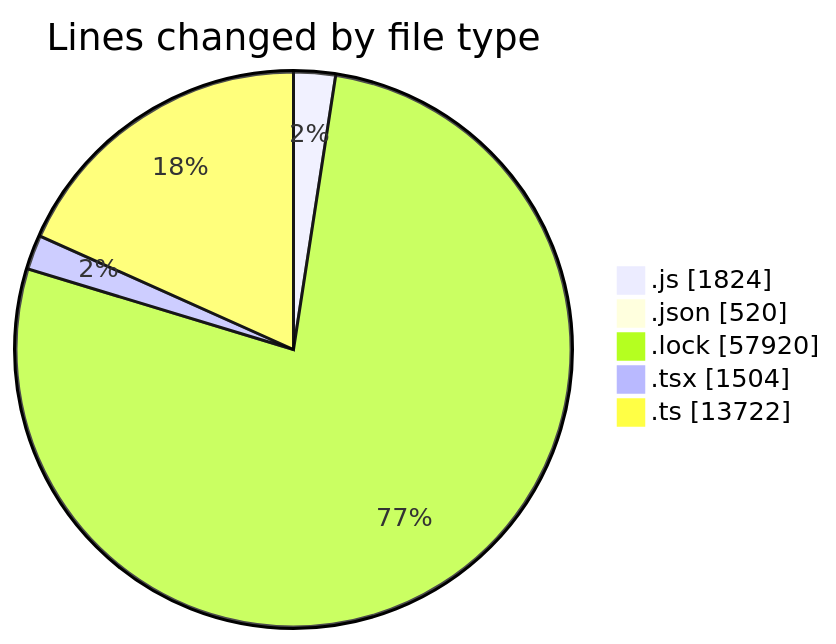
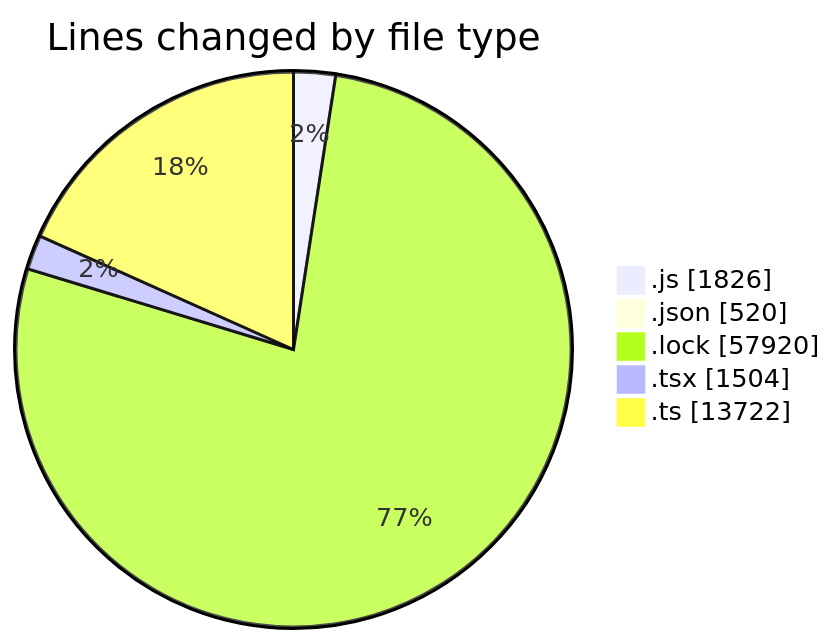
The first of 2 diagrams in 2025-12-18/cda/README.md (momahboobian/code-tracking), drawn with Mermaid before and after one commit. The commit also changed other lines of this file and 1 other file, not shown here.

````diff
--- a/2025-12-18/cda/README.md
+++ b/2025-12-18/cda/README.md
@@ -60,9 +60,9 @@
 ```mermaid
 pie showData
 title Lines changed by file type
-".js" : 1824
+".js" : 1826
 ".json" : 520
 ".lock" : 57920
 ".tsx" : 1504
 ".ts" : 13722
 ```
````
